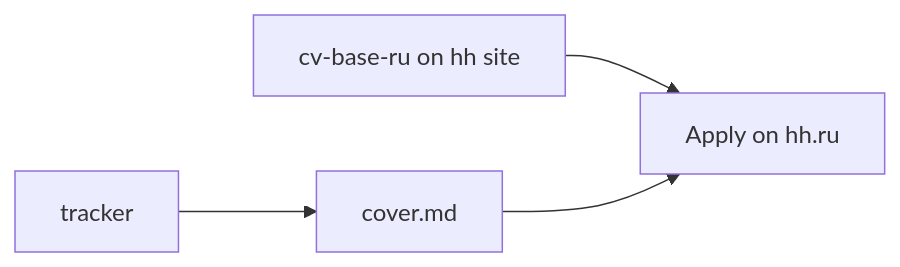
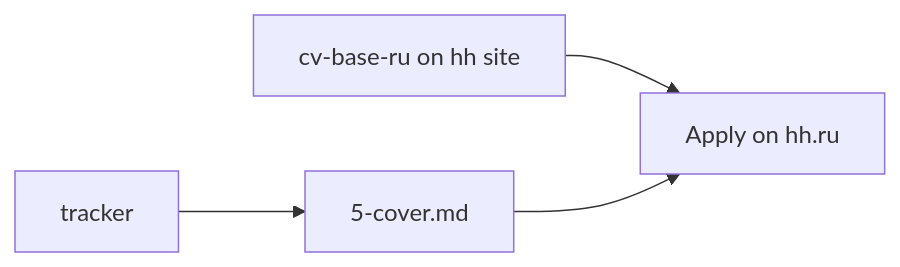
One commit to nikita-gorban/find-me-a-job changed the fourth of 4 diagrams in FLOW.md. Above: the diagram before and after it, drawn with Mermaid. The commit also changed other lines of this file and 12 other files, not shown here.

````diff
--- a/FLOW.md
+++ b/FLOW.md
@@ -72,6 +72,6 @@
 ```mermaid
 flowchart LR
-  T[tracker] --> C[cover.md]
+  T[tracker] --> C[5-cover.md]
   B[cv-base-ru on hh site] --> H[Apply on hh.ru]
   C --> H
 ```
````
